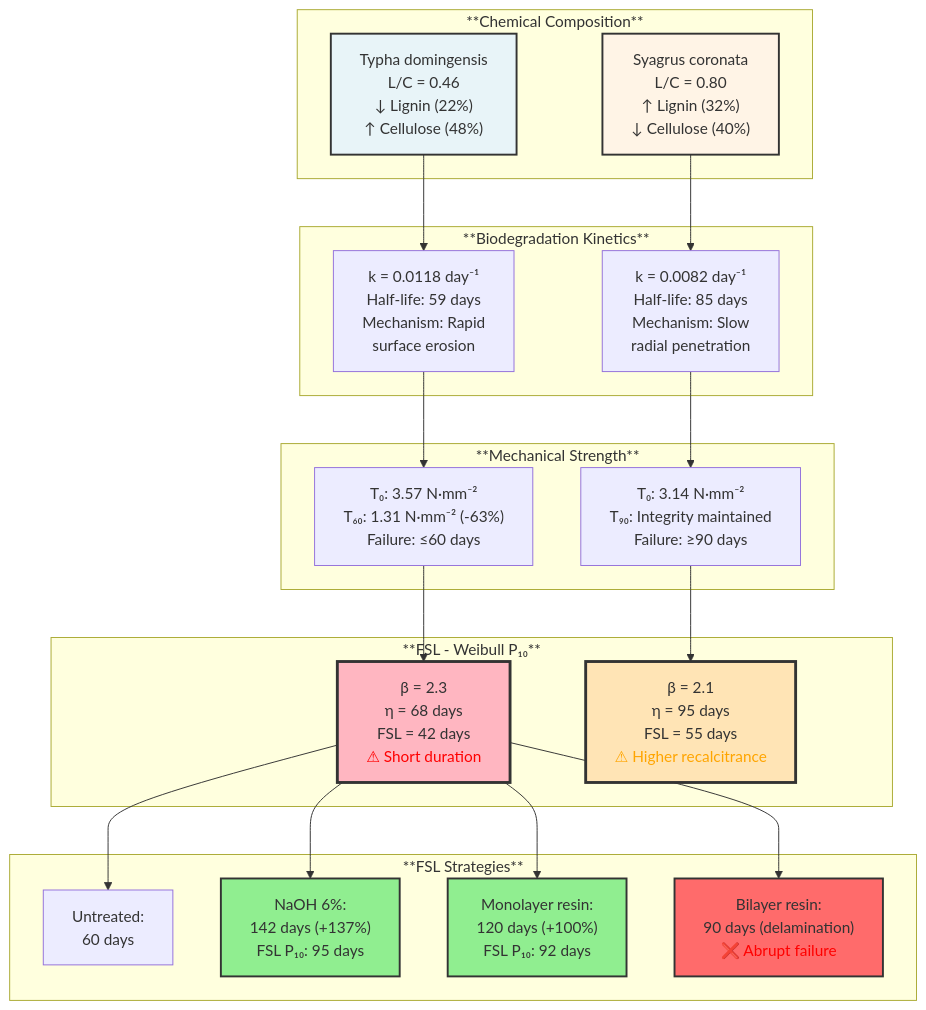
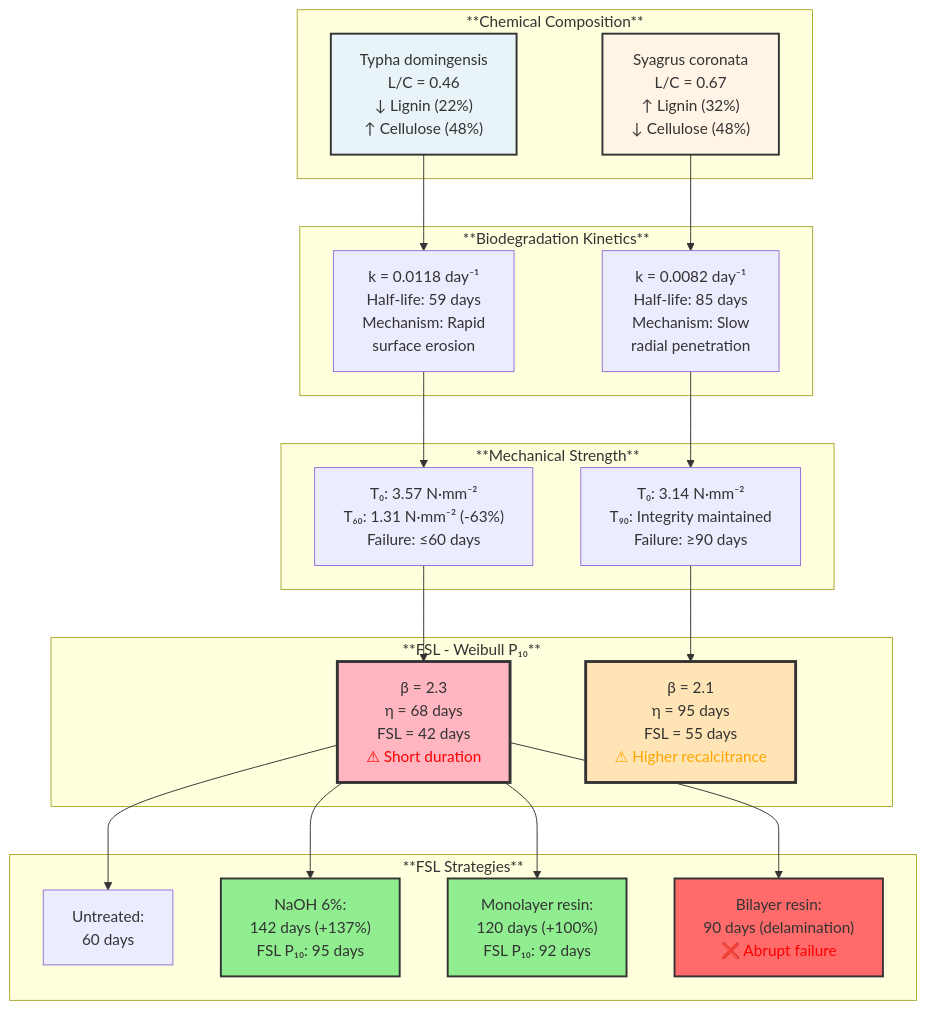
Before and after one commit to ldvsantos-uefs/revisao-sistematica-geotexteis: the diagram in 3-IMAGENS/figura_2_en.mmd, drawn with Mermaid. The commit also changed 17 other files, not shown here.

```diff
--- a/3-IMAGENS/figura_2_en.mmd
+++ b/3-IMAGENS/figura_2_en.mmd
@@ -1,46 +1,46 @@
 graph TD
     subgraph "**Chemical Composition**"
         A1["Typha domingensis<br/>L/C = 0.46<br/>↓ Lignin (22%)<br/>↑ Cellulose (48%)"]
-        A2["Syagrus coronata<br/>L/C = 0.80<br/>↑ Lignin (32%)<br/>↓ Cellulose (40%)"]
+        A2["Syagrus coronata<br/>L/C = 0.67<br/>↑ Lignin (32%)<br/>↓ Cellulose (48%)"]
     end
     
     subgraph "**Biodegradation Kinetics**"
         B1["k = 0.0118 day⁻¹<br/>Half-life: 59 days<br/>Mechanism: Rapid<br/>surface erosion"]
         B2["k = 0.0082 day⁻¹<br/>Half-life: 85 days<br/>Mechanism: Slow<br/>radial penetration"]
     end
     
     subgraph "**Mechanical Strength**"
         C1["T₀: 3.57 N·mm⁻²<br/>T₆₀: 1.31 N·mm⁻² (-63%)<br/>Failure: ≤60 days"]
         C2["T₀: 3.14 N·mm⁻²<br/>T₉₀: Integrity maintained<br/>Failure: ≥90 days"]
     end
     
     subgraph "**FSL - Weibull P₁₀**"
         D1["β = 2.3<br/>η = 68 days<br/>FSL = 42 days<br/><span style='color:red'>⚠ Short duration</span>"]
         D2["β = 2.1<br/>η = 95 days<br/>FSL = 55 days<br/><span style='color:orange'>⚠ Higher recalcitrance</span>"]
     end
     
     subgraph "**FSL Strategies**"
         E1["Untreated:<br/>60 days"]
         E2["NaOH 6%:<br/>142 days (+137%)<br/>FSL P₁₀: 95 days"]
         E3["Monolayer resin:<br/>120 days (+100%)<br/>FSL P₁₀: 92 days"]
         E4["Bilayer resin:<br/>90 days (delamination)<br/><span style='color:red'>❌ Abrupt failure</span>"]
     end
     
     A1 --> B1
     A2 --> B2
     B1 --> C1
     B2 --> C2
     C1 --> D1
     C2 --> D2
     D1 --> E1
     D1 --> E2
     D1 --> E3
     D1 --> E4
     
     style A1 fill:#E8F4F8,stroke:#333,stroke-width:2px
     style A2 fill:#FFF4E6,stroke:#333,stroke-width:2px
     style D1 fill:#FFB6C1,stroke:#333,stroke-width:3px
     style D2 fill:#FFE4B5,stroke:#333,stroke-width:3px
     style E2 fill:#90EE90,stroke:#333,stroke-width:2px
     style E3 fill:#90EE90,stroke:#333,stroke-width:2px
     style E4 fill:#FF6B6B,stroke:#333,stroke-width:2px
```
